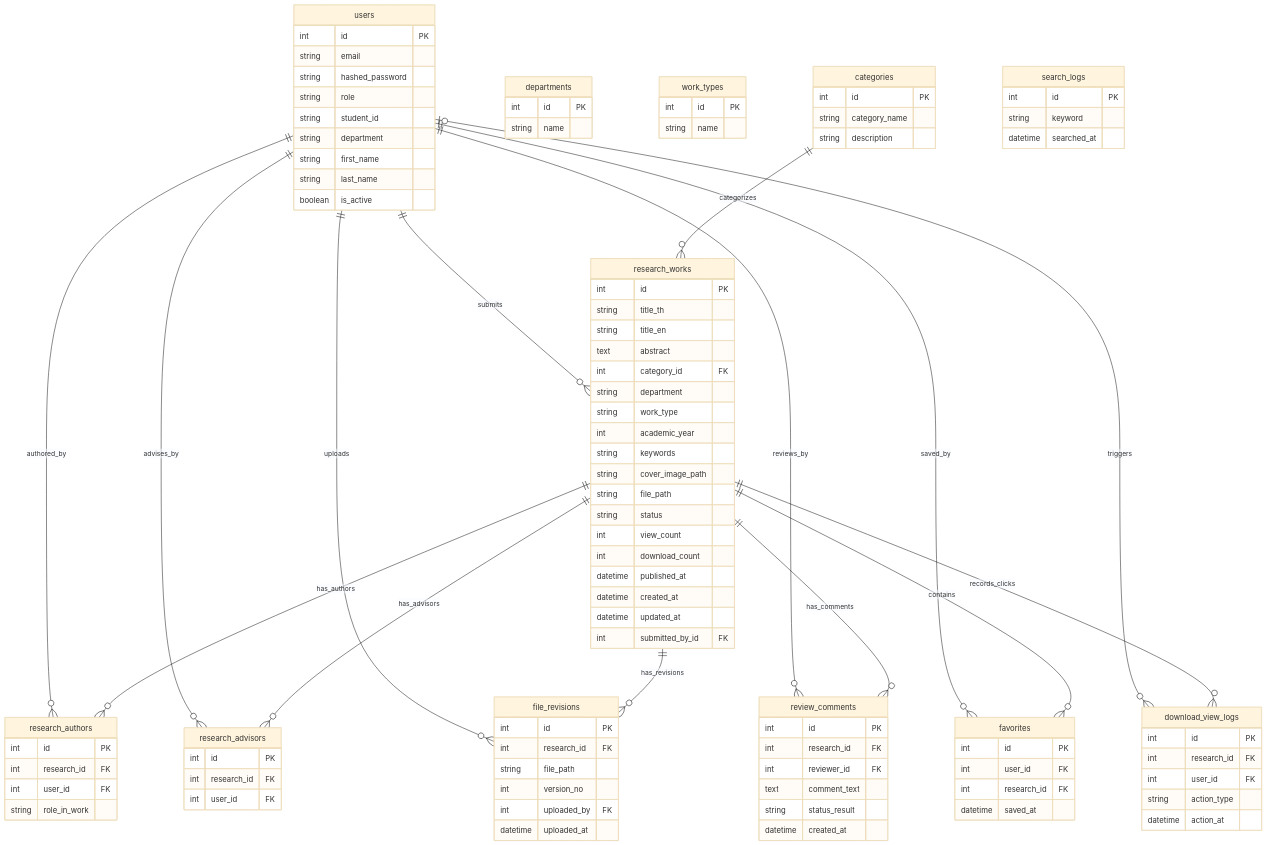
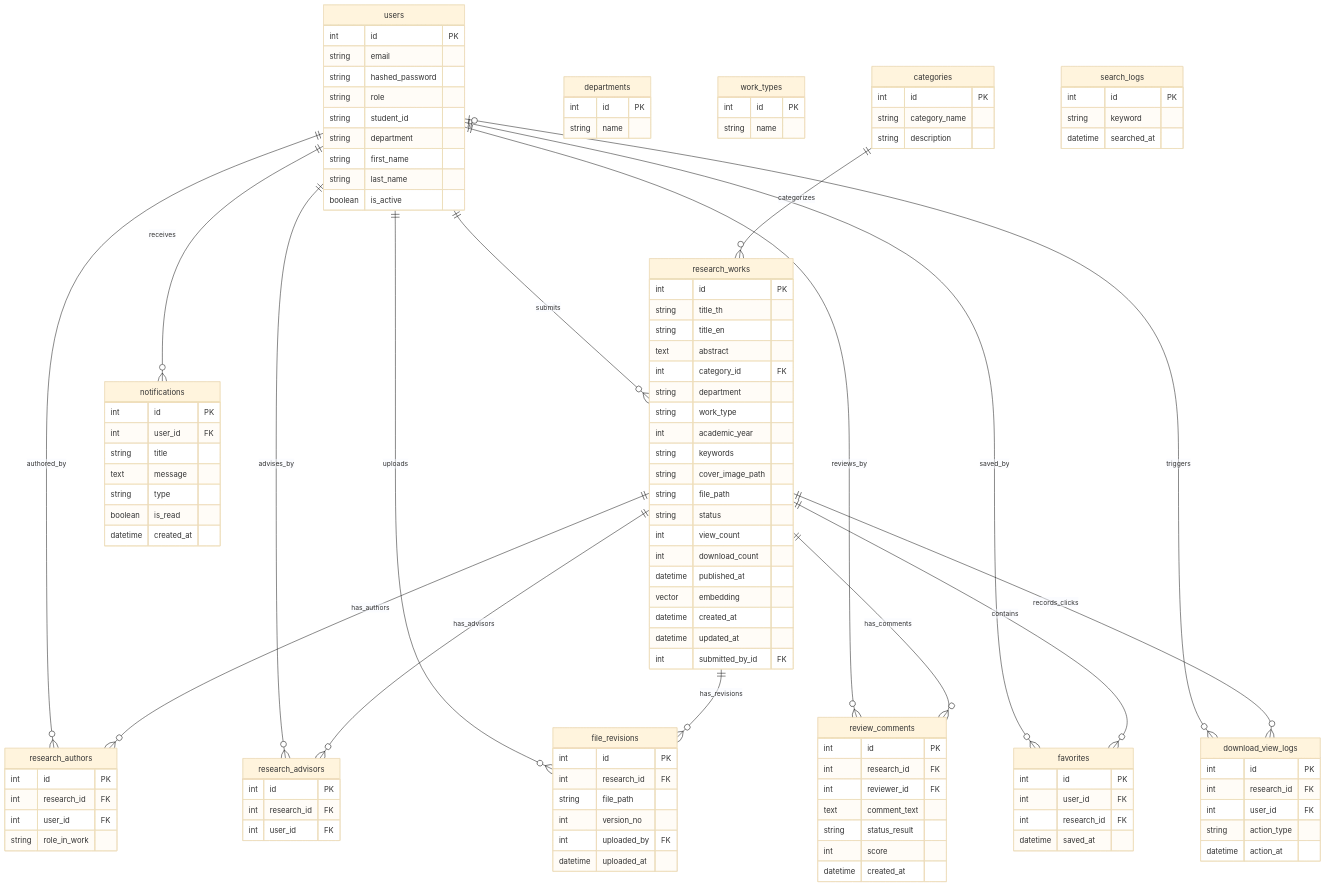
One commit to Phoomss/UniResearch changed the third of 7 diagrams in docs/UniResearch_UML_Diagrams.md. Above: the diagram before and after it, drawn with Mermaid (base theme). The commit also changed other lines of this file and 2 other files, not shown here.

Commit message:
feat: enhance infrastructure documentation and UML diagrams with AI integration details

```diff
--- a/docs/UniResearch_UML_Diagrams.md
+++ b/docs/UniResearch_UML_Diagrams.md
@@ -230,6 +244,7 @@
         int view_count
         int download_count
         datetime published_at
+        vector embedding
         datetime created_at
         datetime updated_at
         int submitted_by_id FK
@@ -264,6 +279,7 @@
         int reviewer_id FK
         text comment_text
         string status_result
+        int score
         datetime created_at
     }
     favorites {
@@ -284,6 +300,15 @@
         string keyword
         datetime searched_at
     }
+    notifications {
+        int id PK
+        int user_id FK
+        string title
+        text message
+        string type
+        boolean is_read
+        datetime created_at
+    }
 
     users ||--o{ research_works : "submits"
     users ||--o{ research_authors : "authored_by"
@@ -292,6 +317,7 @@
     users ||--o{ review_comments : "reviews_by"
     users ||--o{ favorites : "saved_by"
     users |o--o{ download_view_logs : "triggers"
+    users ||--o{ notifications : "receives"
 
     categories ||--o{ research_works : "categorizes"
 
```
